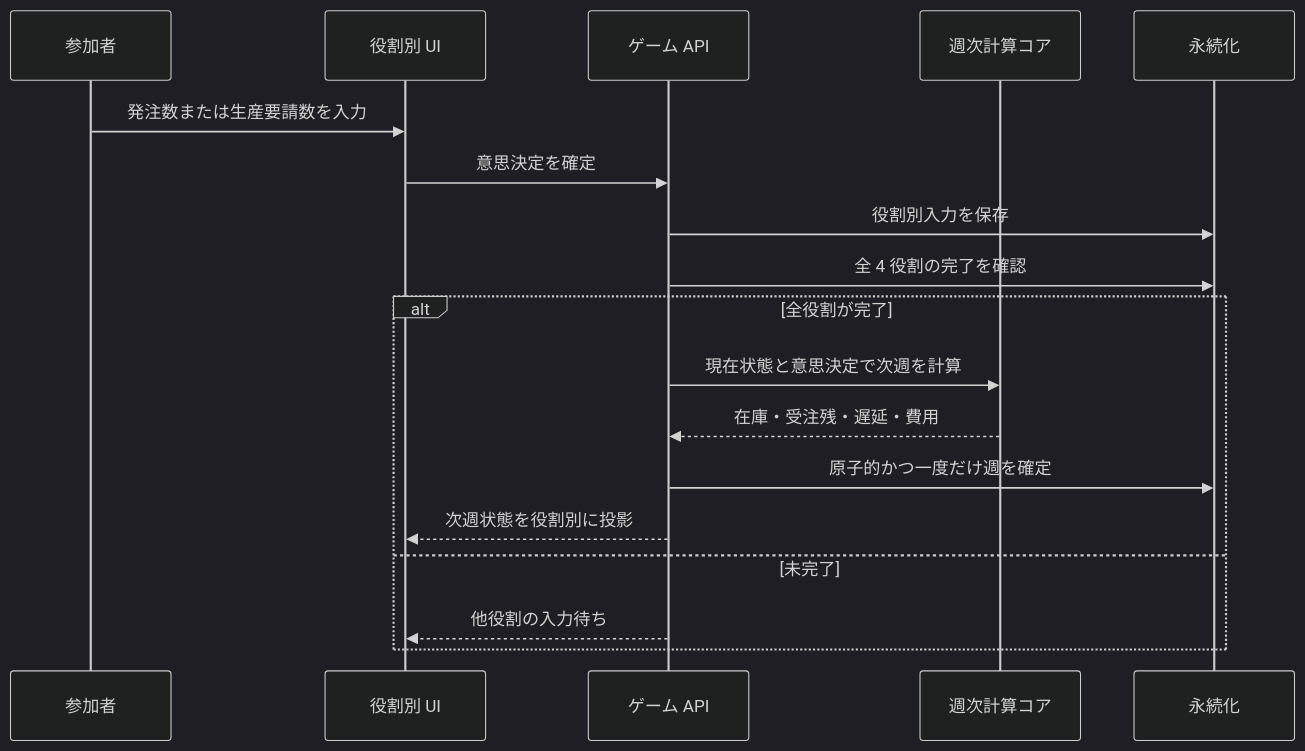
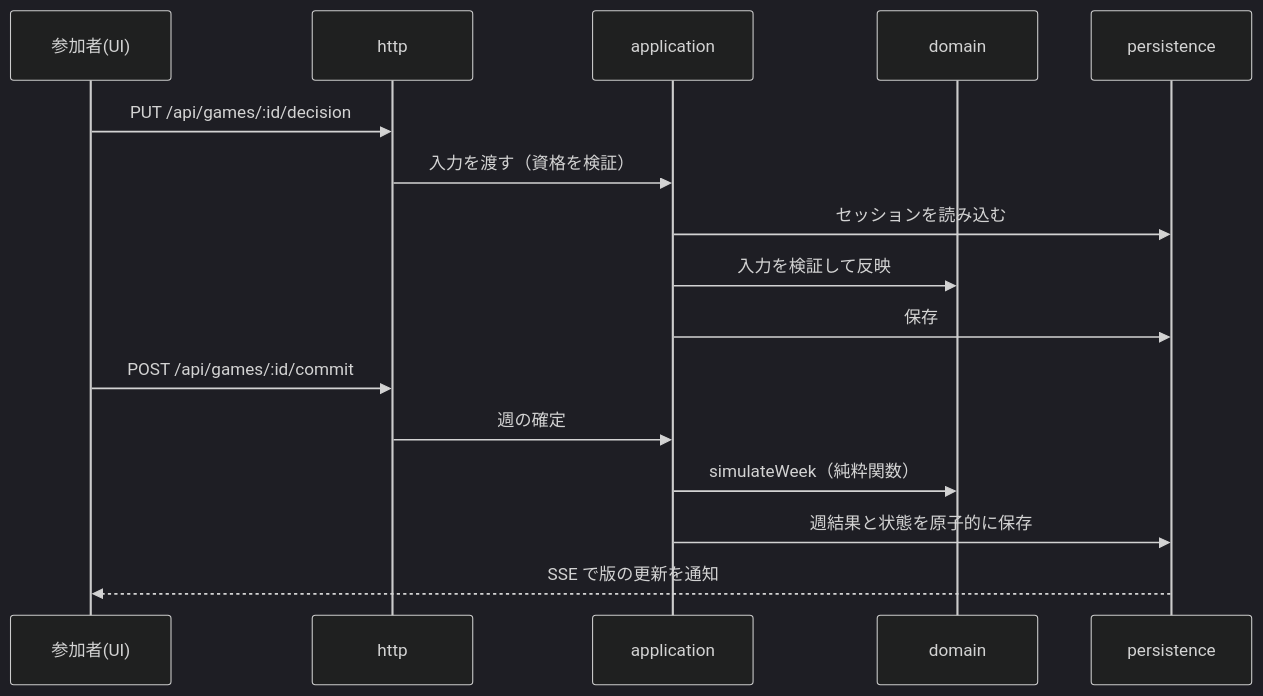
Before and after one commit to k2works/case-study-beer-game-simulation: the second of 3 diagrams in aidlc/spaces/default/codekb/case-study-beer-game-simulation/architecture.md, drawn with Mermaid (dark theme). The commit also changed other lines of this file and 142 other files, not shown here.

````diff
--- a/aidlc/spaces/default/codekb/case-study-beer-game-simulation/architecture.md
+++ b/aidlc/spaces/default/codekb/case-study-beer-game-simulation/architecture.md
@@ -48,20 +49,18 @@
 ```mermaid
 sequenceDiagram
-  participant P as 参加者
-  participant UI as 役割別 UI
-  participant API as ゲーム API
-  participant Core as 週次計算コア
-  participant DB as 永続化
-  P->>UI: 発注数または生産要請数を入力
-  UI->>API: 意思決定を確定
-  API->>DB: 役割別入力を保存
-  API->>DB: 全 4 役割の完了を確認
-  alt 全役割が完了
-    API->>Core: 現在状態と意思決定で次週を計算
-    Core-->>API: 在庫・受注残・遅延・費用
-    API->>DB: 原子的かつ一度だけ週を確定
-    API-->>UI: 次週状態を役割別に投影
-  else 未完了
-    API-->>UI: 他役割の入力待ち
-  end
+  participant P as 参加者(UI)
+  participant H as http
+  participant A as application
+  participant D as domain
+  participant R as persistence
+  P->>H: PUT /api/games/:id/decision
+  H->>A: 入力を渡す（資格を検証）
+  A->>R: セッションを読み込む
+  A->>D: 入力を検証して反映
+  A->>R: 保存
+  P->>H: POST /api/games/:id/commit
+  H->>A: 週の確定
+  A->>D: simulateWeek（純粋関数）
+  A->>R: 週結果と状態を原子的に保存
+  R-->>P: SSE で版の更新を通知
 ```
````
